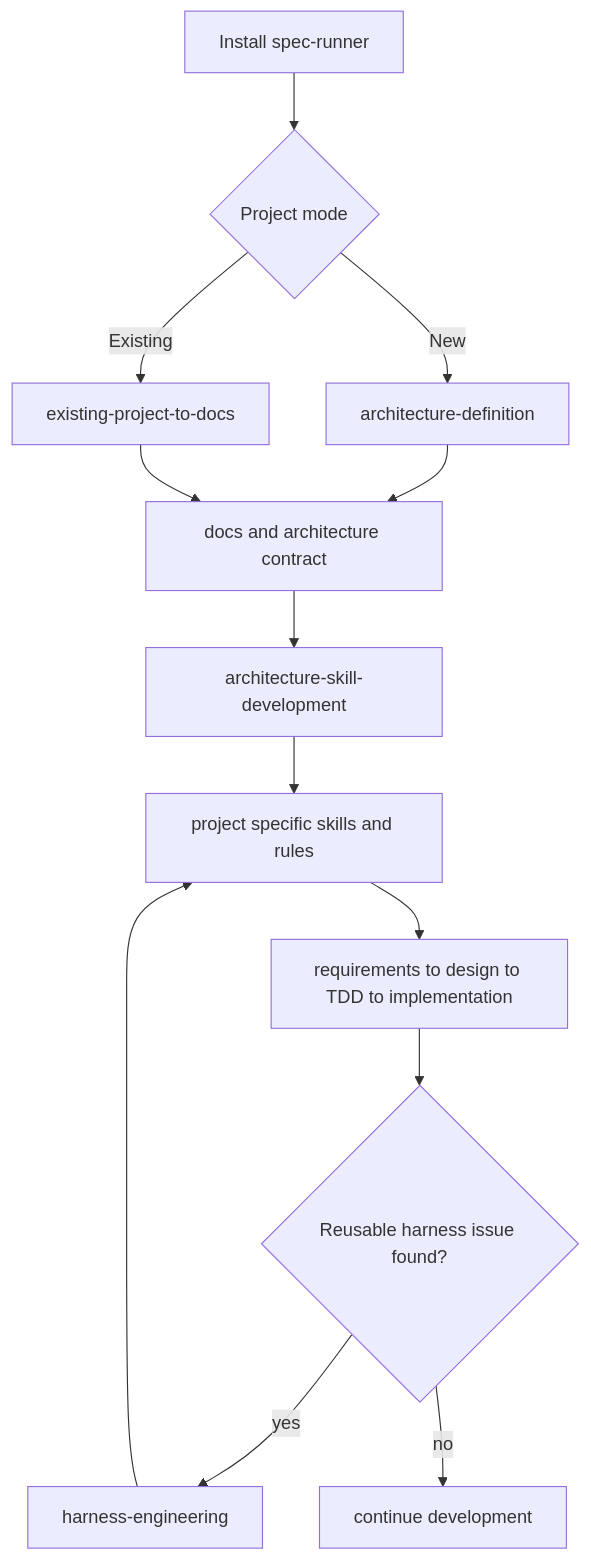
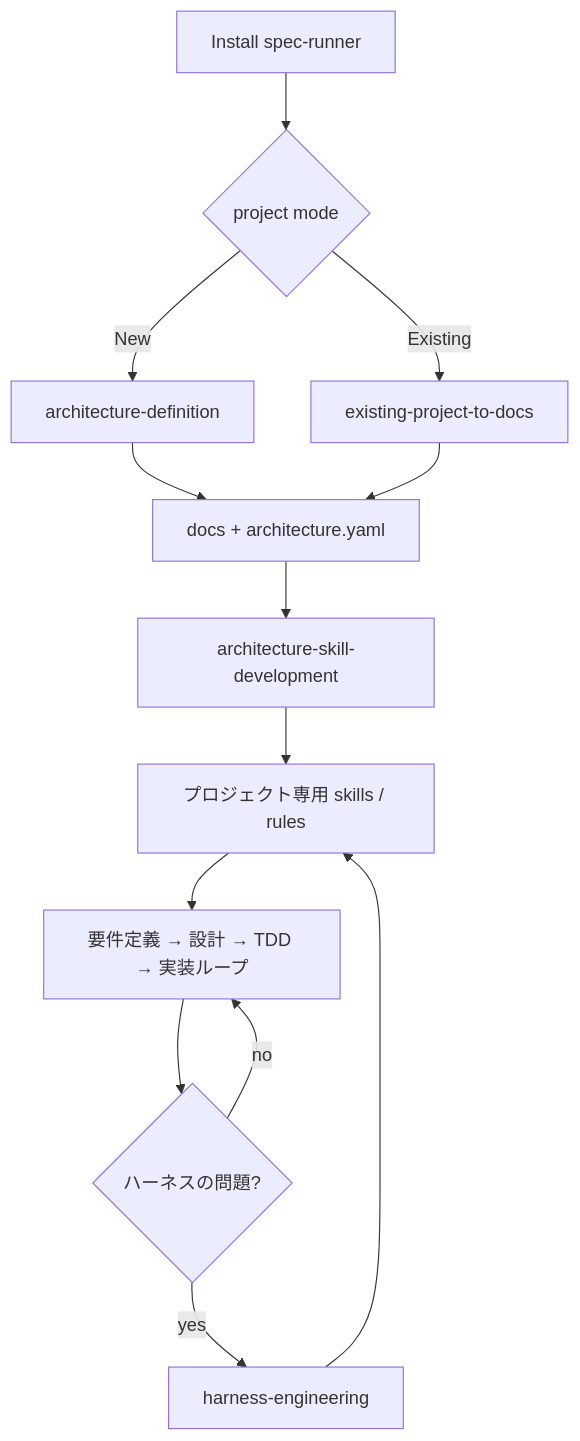
The diagram in docs/ハーネスエンジニアリング構想.md (TEEE88/spec-runner), drawn with Mermaid before and after one commit. The commit also changed other lines of this file and 20 other files, not shown here.

First line of the commit message:
feat: スキルにフロントエンド判定・architecture.yaml活用・UCカテゴリ分けを追加

````diff
--- a/docs/ハーネスエンジニアリング構想.md
+++ b/docs/ハーネスエンジニアリング構想.md
@@ -140,15 +75,15 @@
 ```mermaid
 flowchart TD
-    A[Install spec-runner] --> B{Project mode}
+    A[Install spec-runner] --> B{project mode}
     B -- New --> C[architecture-definition]
     B -- Existing --> D[existing-project-to-docs]
-    C --> E[docs and architecture contract]
+    C --> E[docs + architecture.yaml]
     D --> E
     E --> F[architecture-skill-development]
-    F --> G[project specific skills and rules]
-    G --> H[requirements to design to TDD to implementation]
-    H --> I{Reusable harness issue found?}
+    F --> G[プロジェクト専用 skills / rules]
+    G --> H[要件定義 → 設計 → TDD → 実装ループ]
+    H --> I{ハーネスの問題?}
     I -- yes --> J[harness-engineering]
-    I -- no --> K[continue development]
+    I -- no --> H
     J --> G
 ```
````
